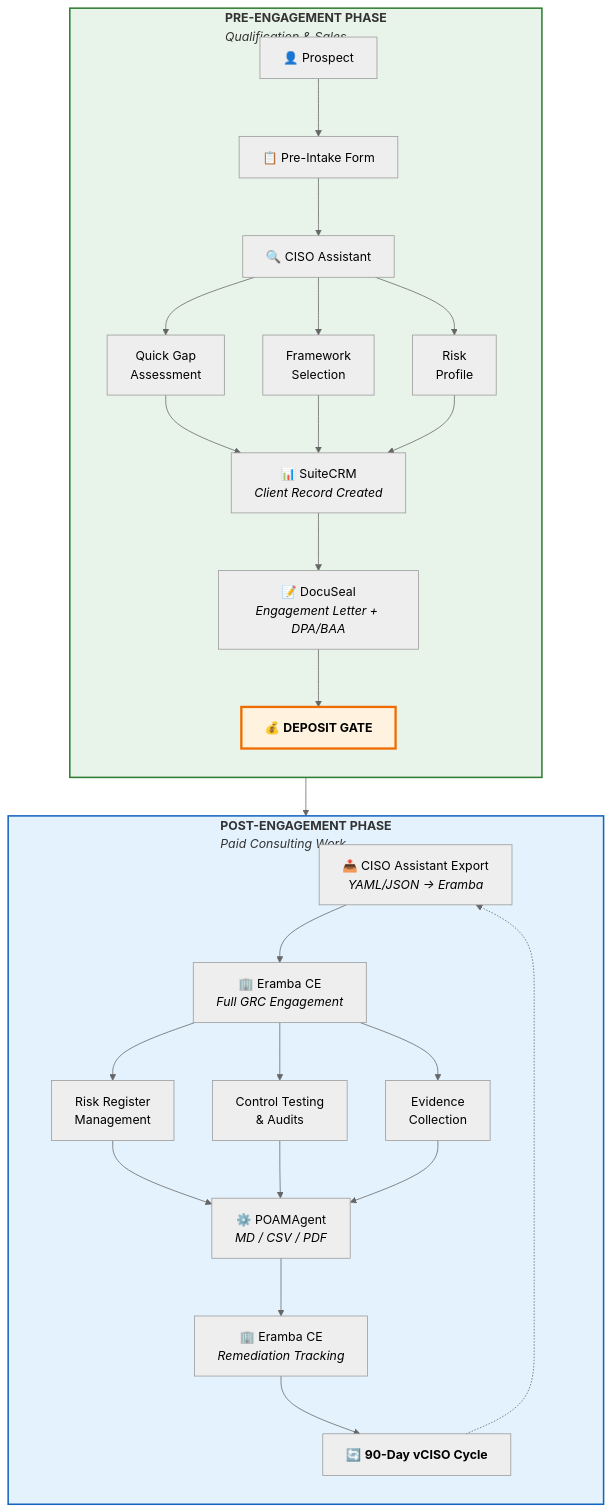
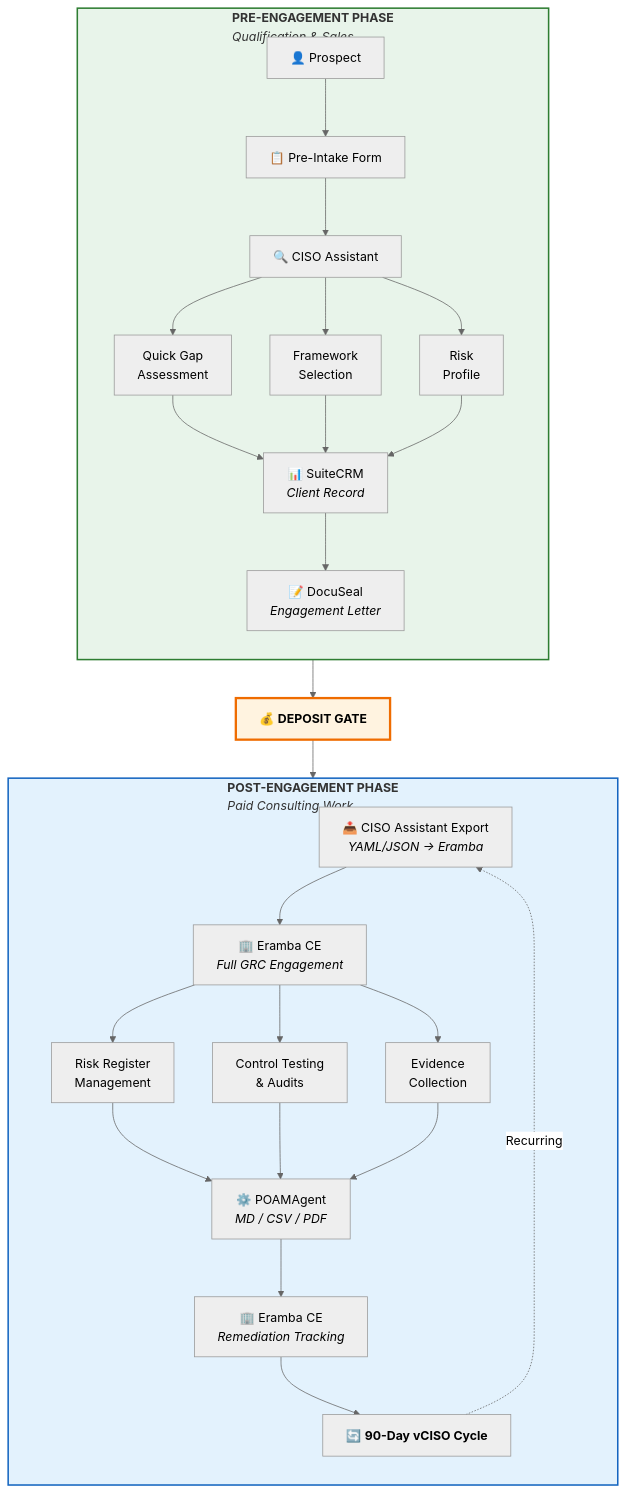
The diagram in docs/cybersecurity/giap.md (Pharns/portfolio), drawn with Mermaid (neutral theme) before and after one commit.

Commit message:
Fix Mermaid diagram layout: vertical stacking PRE → POST
- Move DEPOSIT GATE outside both subgraphs to act as vertical connector
- Separate node definitions from connection definitions
- Create explicit chain: DS → DG → EXP for proper vertical flow
- Add "Recurring" label to vCISO feedback loop
- Use & syntax for cleaner parallel branch merges

Layout fix: Subgraphs now stack vertically (PRE on top, POST on bottom)
with DEPOSIT GATE as the visual bridge between phases.

🤖 Generated with [Claude Code](https://claude.com/claude-code)

````diff
--- a/docs/cybersecurity/giap.md
+++ b/docs/cybersecurity/giap.md
@@ -31,36 +31,46 @@
 ```mermaid
 flowchart TB
     subgraph PRE["<b>PRE-ENGAGEMENT PHASE</b><br/><i>Qualification & Sales</i>"]
         direction TB
-        P["👤 Prospect"] --> PIF["📋 Pre-Intake Form"]
-        PIF --> CA["🔍 CISO Assistant"]
-        CA --> QG["Quick Gap<br/>Assessment"]
-        CA --> FS["Framework<br/>Selection"]
-        CA --> RP["Risk<br/>Profile"]
-        QG --> CRM["📊 SuiteCRM<br/><i>Client Record Created</i>"]
-        FS --> CRM
-        RP --> CRM
-        CRM --> DS["📝 DocuSeal<br/><i>Engagement Letter + DPA/BAA</i>"]
-        DS --> DG["💰 <b>DEPOSIT GATE</b>"]
+        P["👤 Prospect"]
+        PIF["📋 Pre-Intake Form"]
+        CA["🔍 CISO Assistant"]
+        QG["Quick Gap<br/>Assessment"]
+        FS["Framework<br/>Selection"]
+        RP["Risk<br/>Profile"]
+        CRM["📊 SuiteCRM<br/><i>Client Record</i>"]
+        DS["📝 DocuSeal<br/><i>Engagement Letter</i>"]
+
+        P --> PIF --> CA
+        CA --> QG & FS & RP
+        QG & FS & RP --> CRM
+        CRM --> DS
     end
+
+    DG["💰 <b>DEPOSIT GATE</b>"]
 
     subgraph POST["<b>POST-ENGAGEMENT PHASE</b><br/><i>Paid Consulting Work</i>"]
         direction TB
-        EXP["📤 CISO Assistant Export<br/><i>YAML/JSON → Eramba</i>"] --> ERA1["🏢 Eramba CE<br/><i>Full GRC Engagement</i>"]
-        ERA1 --> RM["Risk Register<br/>Management"]
-        ERA1 --> CT["Control Testing<br/>& Audits"]
-        ERA1 --> EC["Evidence<br/>Collection"]
-        RM --> POA["⚙️ POAMAgent<br/><i>MD / CSV / PDF</i>"]
-        CT --> POA
-        EC --> POA
-        POA --> ERA2["🏢 Eramba CE<br/><i>Remediation Tracking</i>"]
-        ERA2 --> VCISO["🔄 <b>90-Day vCISO Cycle</b>"]
-        VCISO -.-> EXP
+        EXP["📤 CISO Assistant Export<br/><i>YAML/JSON → Eramba</i>"]
+        ERA1["🏢 Eramba CE<br/><i>Full GRC Engagement</i>"]
+        RM["Risk Register<br/>Management"]
+        CT["Control Testing<br/>& Audits"]
+        EC["Evidence<br/>Collection"]
+        POA["⚙️ POAMAgent<br/><i>MD / CSV / PDF</i>"]
+        ERA2["🏢 Eramba CE<br/><i>Remediation Tracking</i>"]
+        VCISO["🔄 <b>90-Day vCISO Cycle</b>"]
+
+        EXP --> ERA1
+        ERA1 --> RM & CT & EC
+        RM & CT & EC --> POA
+        POA --> ERA2 --> VCISO
     end
 
+    DS --> DG
     DG --> EXP
+    VCISO -.->|"Recurring"| EXP
 
     style PRE fill:#e8f4ea,stroke:#2e7d32,stroke-width:2px
     style POST fill:#e3f2fd,stroke:#1565c0,stroke-width:2px
     style DG fill:#fff3e0,stroke:#ef6c00,stroke-width:3px
 ```
````
